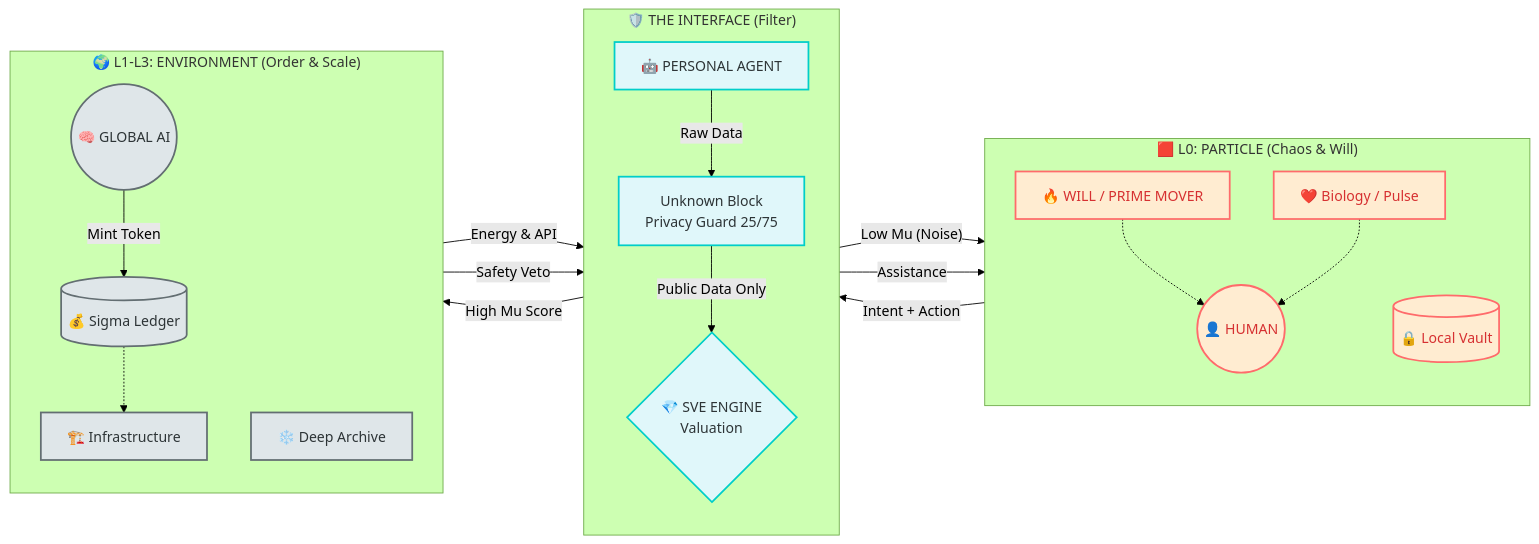
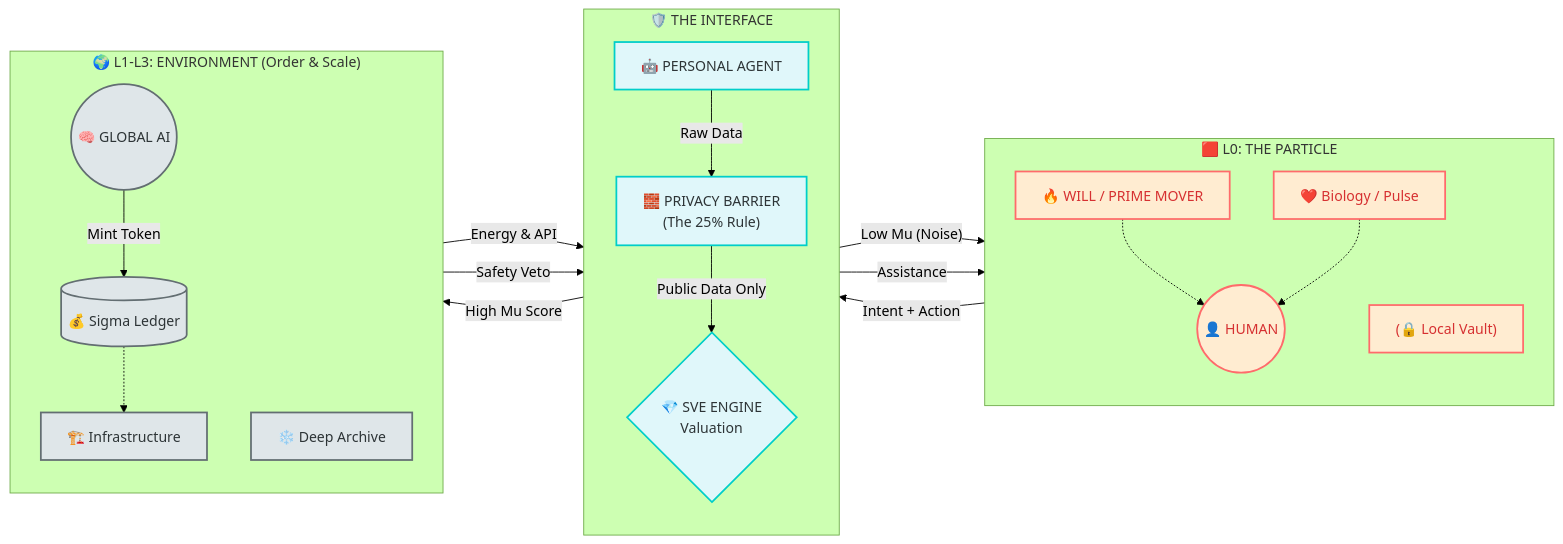
Before and after one commit to Anton-art/Syntropy: the diagram in README.md, drawn with Mermaid (forest theme). The commit also changed other lines of this file, not shown here.

````diff
--- a/README.md
+++ b/README.md
@@ -15,53 +16,53 @@
 ```mermaid
 graph LR
     %% Node Styling
     classDef particle fill:#ffecd1,stroke:#ff6b6b,stroke-width:2px,color:#d63031;
     classDef interface fill:#e0f7fa,stroke:#00cec9,stroke-width:2px,color:#2d3436;
     classDef environment fill:#dfe6e9,stroke:#636e72,stroke-width:2px,color:#2d3436;
 
-     subgraph L0_ZONE ["🟥 L0: PARTICLE (Chaos & Will)"]
+    subgraph L0_ZONE ["🟥 L0: THE PARTICLE"]
         direction TB
         Human(("👤 HUMAN"))
         Will["🔥 WILL / PRIME MOVER"]
         Bio["❤️ Biology / Pulse"]
-        LocalStore[("🔒 Local Vault")]
+        LocalStore["(🔒 Local Vault)"]
     end
 
-    subgraph GATEWAY ["🛡️ THE INTERFACE (Filter)"]
+    subgraph GATEWAY ["🛡️ THE INTERFACE"]
         direction TB
         Agent["🤖 PERSONAL AGENT"]
         SVE{"💎 SVE ENGINE<br/>Valuation"}
-        Privacy["Unknown Block<br/>Privacy Guard 25/75"]
+        Privacy["🧱 PRIVACY BARRIER<br/>(The 25% Rule)"]
     end
 
     subgraph L1_L3_ZONE ["🌍 L1-L3: ENVIRONMENT (Order & Scale)"]
         direction TB
         AI(("🧠 GLOBAL AI"))
         Ledger[("💰 Sigma Ledger")]
         Infra["🏗️ Infrastructure"]
         Archive["❄️ Deep Archive"]
     end
 
     %% FLOW OF MEANING (From Human to Environment)
     Human -->|Intent + Action| Agent
     Agent -->|Raw Data| Privacy
     Privacy -->|Public Data Only| SVE
     SVE -->|High Mu Score| AI
     AI -->|Mint Token| Ledger
     SVE --"Low Mu (Noise)"--> LocalStore
 
     %% FLOW OF RESOURCES (From Environment to Human)
     Infra -->|Energy & API| Agent
     Agent -->|Assistance| Human
     AI -->|Safety Veto| Agent
 
     %% Internal Links
     Will -.-> Human
     Bio -.-> Human
     Ledger -.-> Infra
 
     %% Apply Styles
     class Human,Will,Bio,LocalStore particle;
     class Agent,SVE,Privacy interface;
     class AI,Ledger,Infra,Archive environment;
 ```
````
